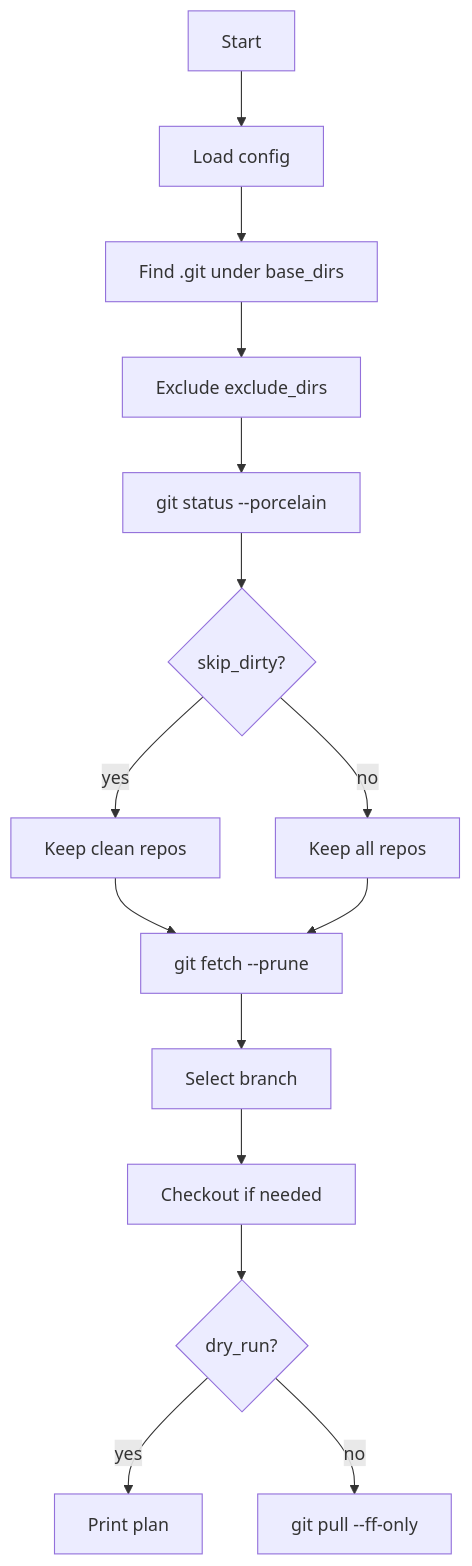
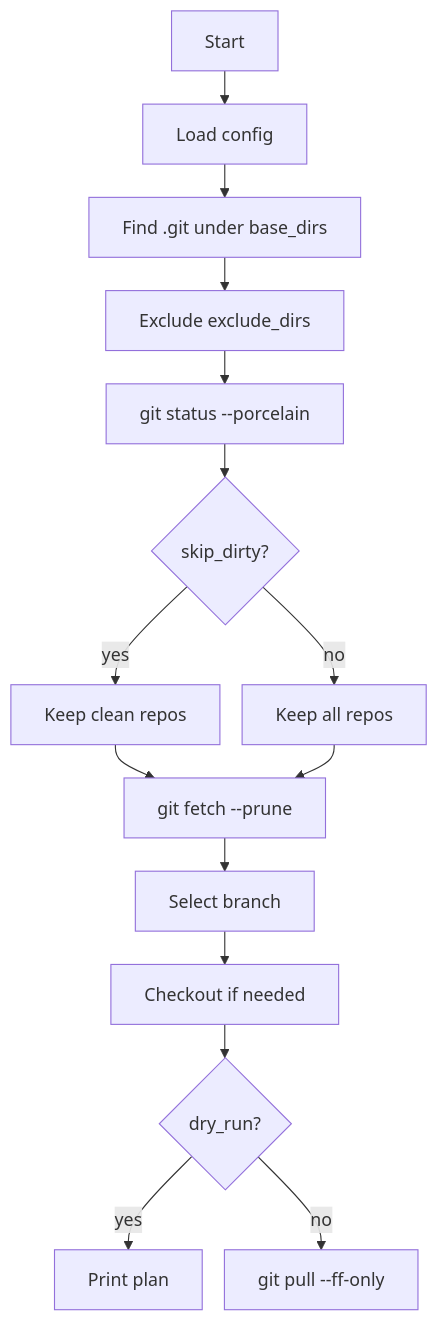
Before and after one commit to KSerg2022/myAnsible: the diagram in README.de.md, drawn with Mermaid. The commit also changed 2 other files, not shown here.

Commit message:
updated readme files

````diff
--- a/README.de.md
+++ b/README.de.md
@@ -45,17 +45,18 @@
 ```mermaid
+%%{init: {'flowchart': {'nodeSpacing': 20, 'rankSpacing': 30}}}%%
 flowchart TD
   A[Start] --> B[Load config]
   B --> C[Find .git under base_dirs]
   C --> D[Exclude exclude_dirs]
   D --> E[git status --porcelain]
   E --> F{skip_dirty?}
   F -->|yes| G[Keep clean repos]
   F -->|no| H[Keep all repos]
   G --> I[git fetch --prune <remote>]
   H --> I
   I --> J[Select branch]
   J --> K[Checkout if needed]
   K --> L{dry_run?}
   L -->|yes| M[Print plan]
   L -->|no| N[git pull --ff-only]
 ```
````
